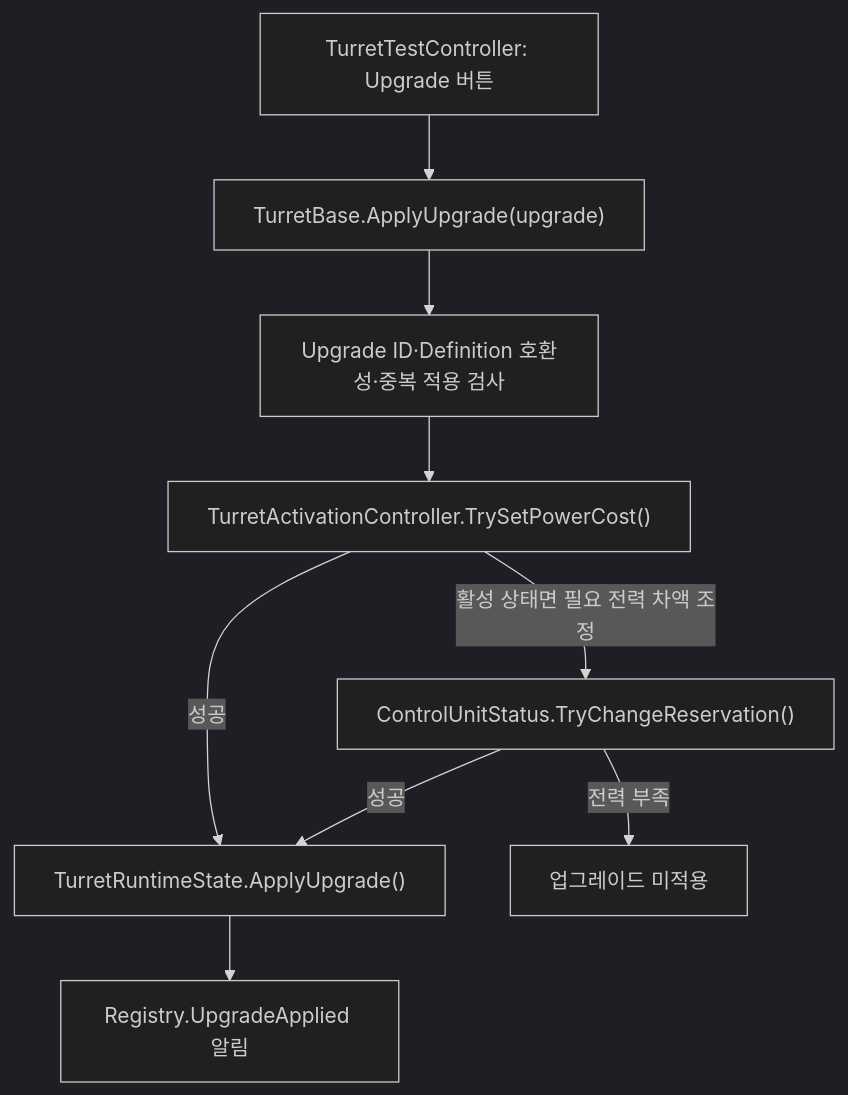
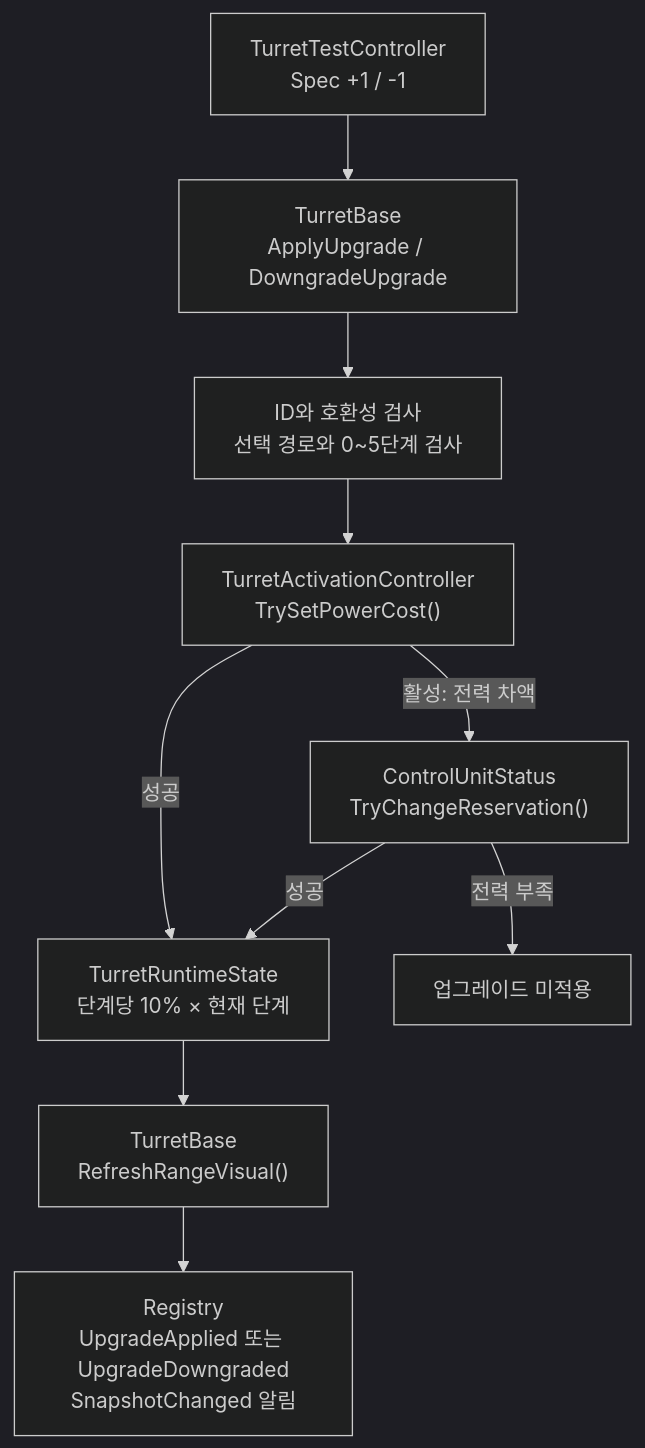
Before and after one commit to Team-HJD-21/unity-6-the-developer: the ninth of 13 diagrams in Docs/architecture/turret-system-guide.md, drawn with Mermaid (dark theme). The commit also changed other lines of this file and 74 other files, not shown here.

First line of the commit message:
feat(turret): add read-only snapshots and reversible upgrade trees (#457)

````diff
--- a/Docs/architecture/turret-system-guide.md
+++ b/Docs/architecture/turret-system-guide.md
@@ -349,11 +380,12 @@
 ```mermaid
 flowchart TD
-    UI["TurretTestController: Upgrade 버튼"] --> Base["TurretBase.ApplyUpgrade(upgrade)"]
-    Base --> Check["Upgrade ID·Definition 호환성·중복 적용 검사"]
-    Check --> Power["TurretActivationController.TrySetPowerCost()"]
-    Power -->|활성 상태면 필요 전력 차액 조정| CU["ControlUnitStatus.TryChangeReservation()"]
-    Power -->|성공| State["TurretRuntimeState.ApplyUpgrade()"]
+    UI["TurretTestController<br>Spec +1 / -1"] --> Base["TurretBase<br>ApplyUpgrade / DowngradeUpgrade"]
+    Base --> Check["ID와 호환성 검사<br>선택 경로와 0~5단계 검사"]
+    Check --> Power["TurretActivationController<br>TrySetPowerCost()"]
+    Power -->|활성: 전력 차액| CU["ControlUnitStatus<br>TryChangeReservation()"]
+    Power -->|성공| State["TurretRuntimeState<br>단계당 10% × 현재 단계"]
     CU -->|성공| State
     CU -->|전력 부족| Reject["업그레이드 미적용"]
-    State --> Event["Registry.UpgradeApplied 알림"]
+    State --> Visual["TurretBase<br>RefreshRangeVisual()"]
+    Visual --> Event["Registry<br>UpgradeApplied 또는 UpgradeDowngraded<br>SnapshotChanged 알림"]
 ```
````
